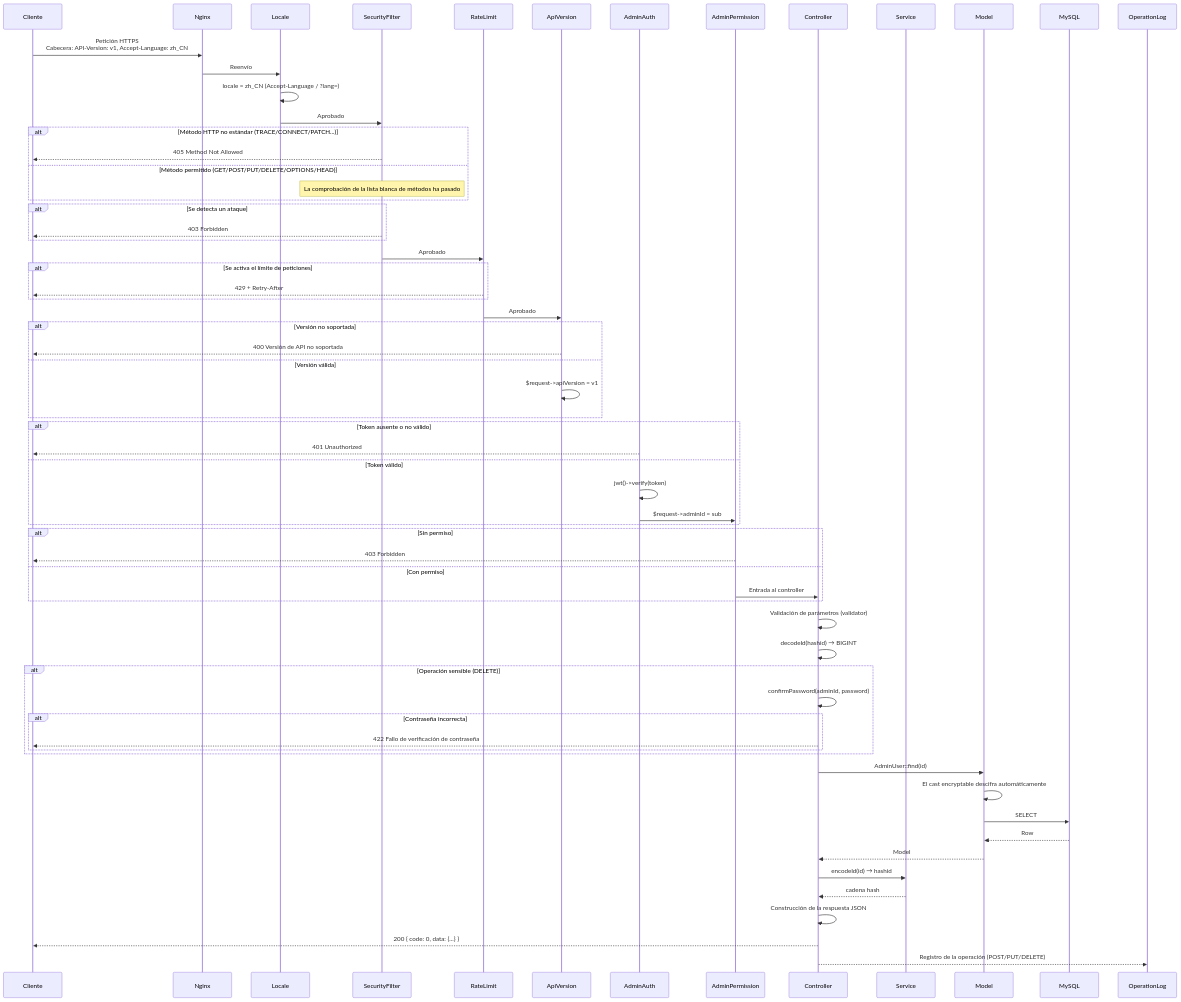
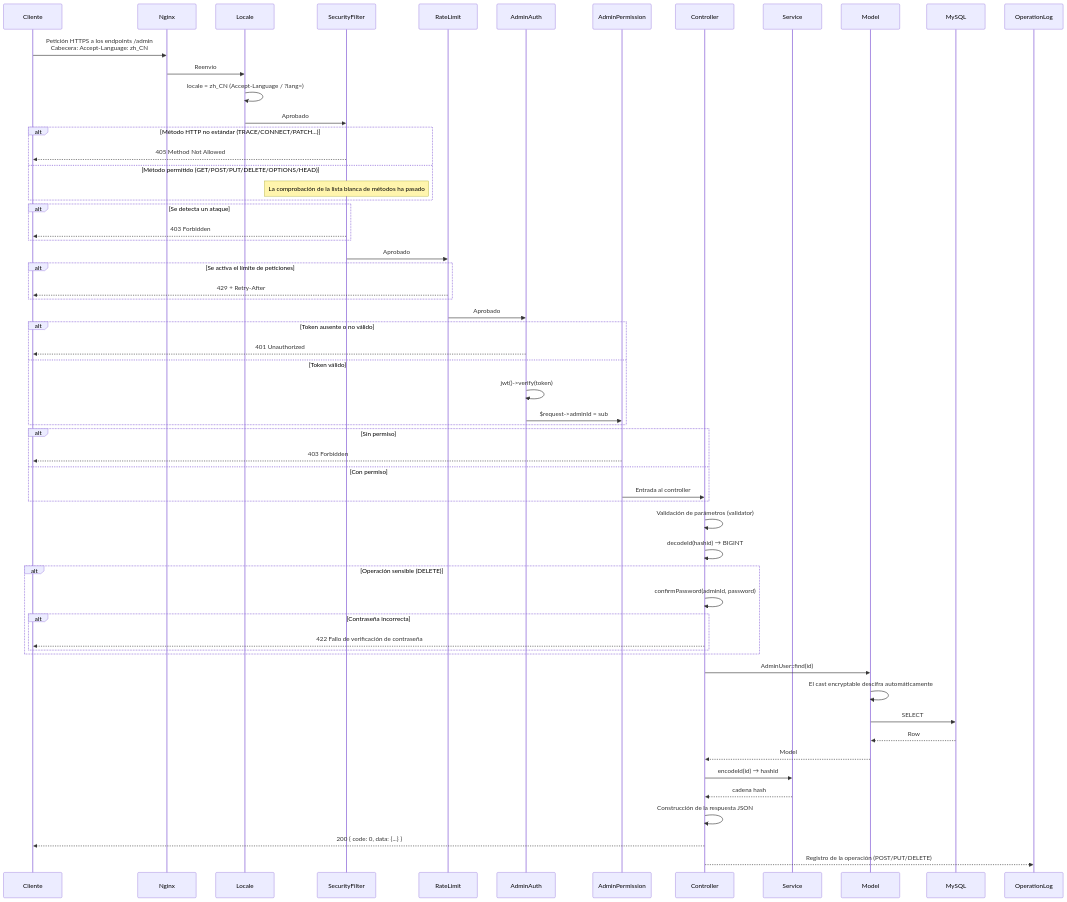
The third of 14 diagrams in docs/ARCHITECTURE.es.md (erikwang2013/open-admin), drawn with Mermaid before and after one commit. The commit also changed other lines of this file and 115 other files, not shown here.

First line of the commit message:
功能：新增项目宠物「小安」、站点首页与手写 SVG 设计图集；全部文档对齐代码

````diff
--- a/docs/ARCHITECTURE.es.md
+++ b/docs/ARCHITECTURE.es.md
@@ -147,82 +144,75 @@
 ```mermaid
 sequenceDiagram
     participant C as Cliente
     participant N as Nginx
     participant MW_LOC as Locale
     participant MW_SF as SecurityFilter
     participant MW_RL as RateLimit
-    participant MW0 as ApiVersion
     participant MW1 as AdminAuth
     participant MW2 as AdminPermission
     participant CTL as Controller
     participant SVC as Service
     participant MDL as Model
     participant DB as MySQL
     participant OPLOG as OperationLog
 
-    C->>N: Petición HTTPS<br/>Cabecera: API-Version: v1, Accept-Language: zh_CN
+    C->>N: Petición HTTPS a los endpoints /admin<br/>Cabecera: Accept-Language: zh_CN
     N->>MW_LOC: Reenvío
 
     MW_LOC->>MW_LOC: locale = zh_CN (Accept-Language / ?lang=)
     MW_LOC->>MW_SF: Aprobado
 
     alt Método HTTP no estándar (TRACE/CONNECT/PATCH...)
         MW_SF-->>C: 405 Method Not Allowed
     else Método permitido (GET/POST/PUT/DELETE/OPTIONS/HEAD)
         Note over MW_SF: La comprobación de la lista blanca de métodos ha pasado
     end
 
     alt Se detecta un ataque
         MW_SF-->>C: 403 Forbidden
     end
 
     MW_SF->>MW_RL: Aprobado
 
     alt Se activa el límite de peticiones
         MW_RL-->>C: 429 + Retry-After
     end
 
-    MW_RL->>MW0: Aprobado
-
-    alt Versión no soportada
-        MW0-->>C: 400 Versión de API no soportada
-    else Versión válida
-        MW0->>MW0: $request->apiVersion = v1
-    end
+    MW_RL->>MW1: Aprobado
 
     alt Token ausente o no válido
         MW1-->>C: 401 Unauthorized
     else Token válido
         MW1->>MW1: jwt()->verify(token)
         MW1->>MW2: $request->adminId = sub
     end
 
     alt Sin permiso
         MW2-->>C: 403 Forbidden
     else Con permiso
         MW2->>CTL: Entrada al controller
     end
 
     CTL->>CTL: Validación de parámetros (validator)
     CTL->>CTL: decodeId(hashid) → BIGINT
 
     alt Operación sensible (DELETE)
         CTL->>CTL: confirmPassword(adminId, password)
         alt Contraseña incorrecta
             CTL-->>C: 422 Fallo de verificación de contraseña
         end
     end
 
     CTL->>MDL: AdminUser::find(id)
     MDL->>MDL: El cast encryptable descifra automáticamente
     MDL->>DB: SELECT
     DB-->>MDL: Row
     MDL-->>CTL: Model
 
     CTL->>SVC: encodeId(id) → hashid
     SVC-->>CTL: cadena hash
 
     CTL->>CTL: Construcción de la respuesta JSON
     CTL-->>C: 200 { code: 0, data: {...} }
     CTL-->>OPLOG: Registro de la operación (POST/PUT/DELETE)
 ```
````
